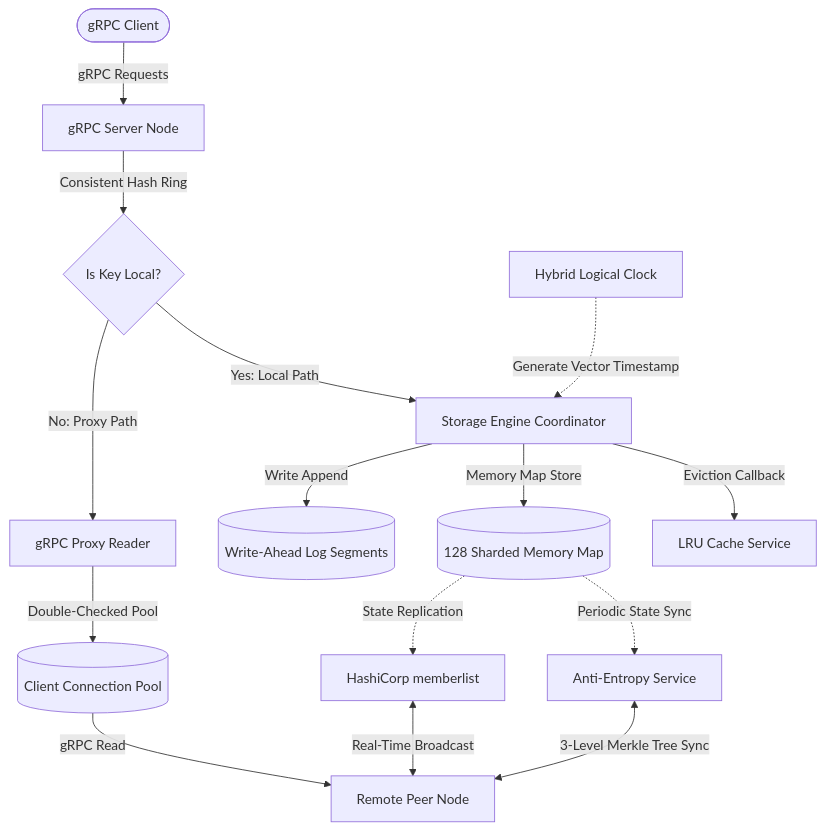
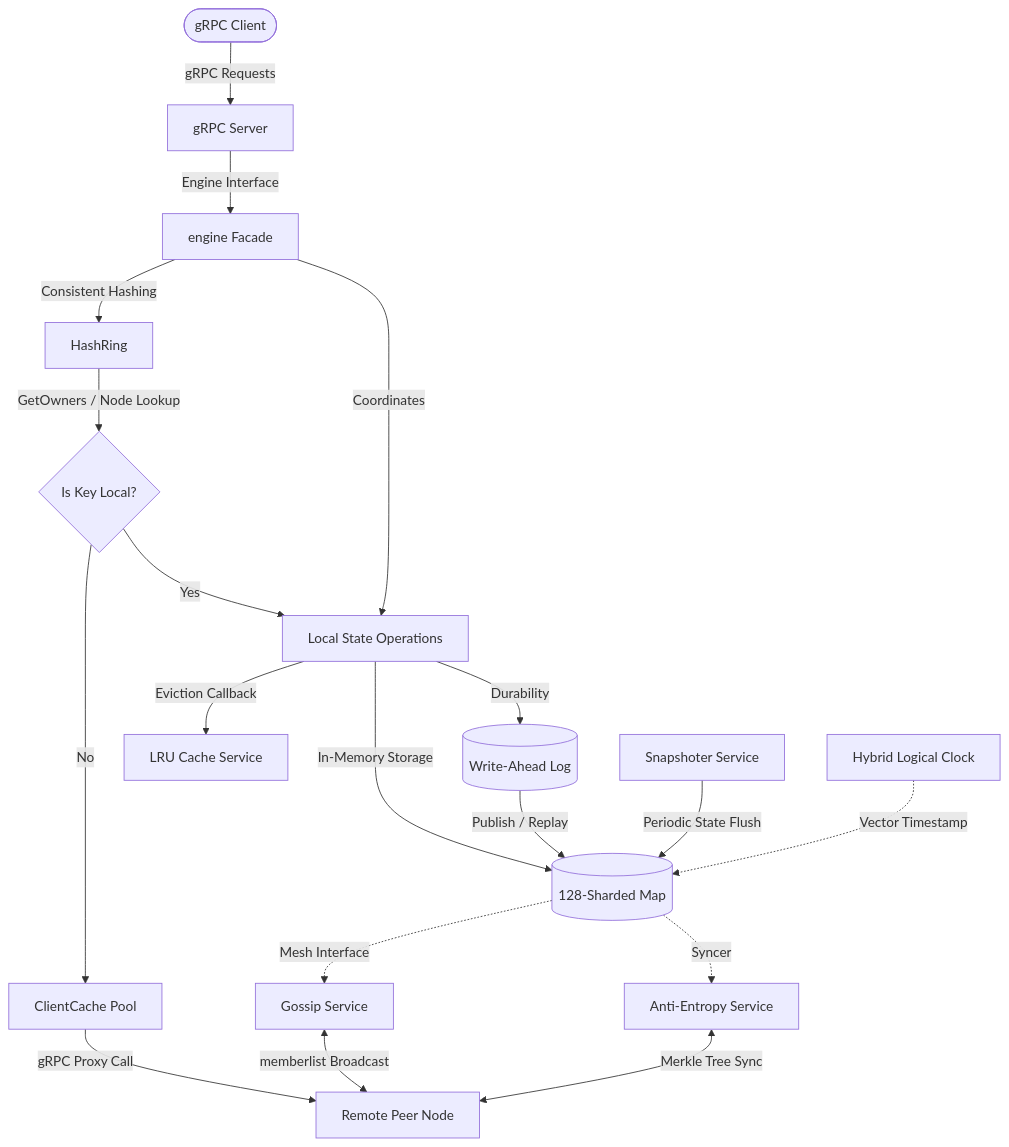
The diagram in README.md (RoseWrightdev/dkv), drawn with Mermaid before and after one commit.

Commit message:
docs: update system architecture diagram to reflect recent engine refactoring

````diff
--- a/README.md
+++ b/README.md
@@ -19,24 +19,33 @@
 ```mermaid
 flowchart TD
-    Client([gRPC Client]) -->|gRPC Requests| Server[gRPC Server Node]
+    Client([gRPC Client]) -->|gRPC Requests| Server[gRPC Server]
+    Server -->|Engine Interface| Engine[engine Facade]
     
-    Server -->|Consistent Hash Ring| Ring{Is Key Local?}
+    %% Routing Decisions
+    Engine -->|Consistent Hashing| Ring[HashRing]
+    Ring -->|GetOwners / Node Lookup| OwnerCheck{Is Key Local?}
     
-    Ring -->|No: Proxy Path| Proxy[gRPC Proxy Reader]
-    Proxy -->|Double-Checked Pool| ConnCache[(Client Connection Pool)]
-    ConnCache -->|gRPC Read| PeerNode[Remote Peer Node]
+    %% Proxy path
+    OwnerCheck -->|No| ClientCache[ClientCache Pool]
+    ClientCache -->|gRPC Proxy Call| PeerNode[Remote Peer Node]
     
-    Ring -->|Yes: Local Path| Storage[Storage Engine Coordinator]
+    %% Local Path
+    OwnerCheck -->|Yes| LocalStore[Local State Operations]
+    Engine -->|Coordinates| LocalStore
     
-    Storage -->|Write Append| WAL[(Write-Ahead Log Segments)]
-    Storage -->|Memory Map Store| MemMap[(128 Sharded Memory Map)]
-    Storage -->|Eviction Callback| LRU[LRU Cache Service]
+    %% Storage Core Stack (Vertically Aligned)
+    LocalStore -->|Durability| WAL[(Write-Ahead Log)]
+    LocalStore -->|In-Memory Storage| MemMap[(128-Sharded Map)]
+    LocalStore -->|Eviction Callback| LRU[LRU Cache Service]
     
-    HLC[Hybrid Logical Clock] -.->|Generate Vector Timestamp| Storage
+    WAL -->|Publish / Replay| MemMap
+    Snapshot[Snapshoter Service] -->|Periodic State Flush| MemMap
+    HLC[Hybrid Logical Clock] -.->|Vector Timestamp| MemMap
     
-    MemMap -.->|State Replication| Gossip[HashiCorp memberlist]
-    MemMap -.->|Periodic State Sync| AE[Anti-Entropy Service]
+    %% Replication & AE
+    MemMap -.->|Mesh Interface| Gossip[Gossip Service]
+    MemMap -.->|Syncer| AE[Anti-Entropy Service]
     
-    Gossip <-->|Real-Time Broadcast| PeerNode
-    AE <-->|3-Level Merkle Tree Sync| PeerNode
+    Gossip <-->|memberlist Broadcast| PeerNode
+    AE <-->|Merkle Tree Sync| PeerNode
 ```
````
